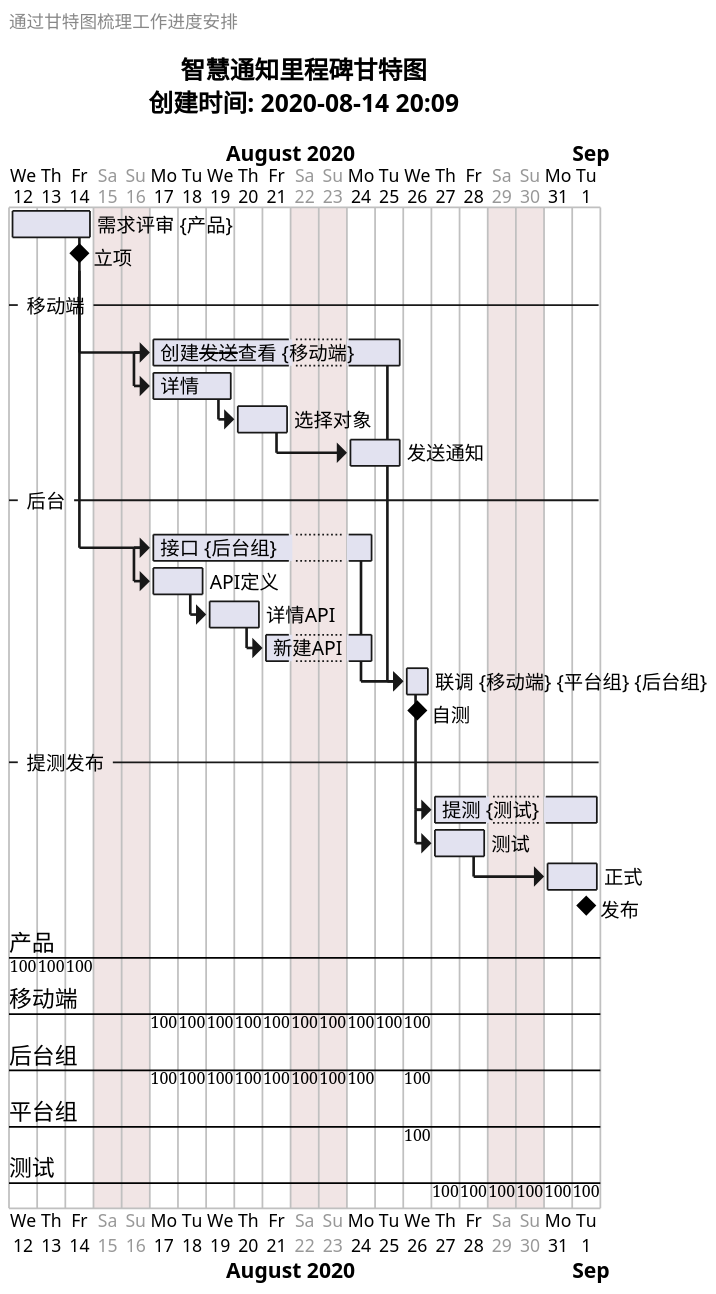
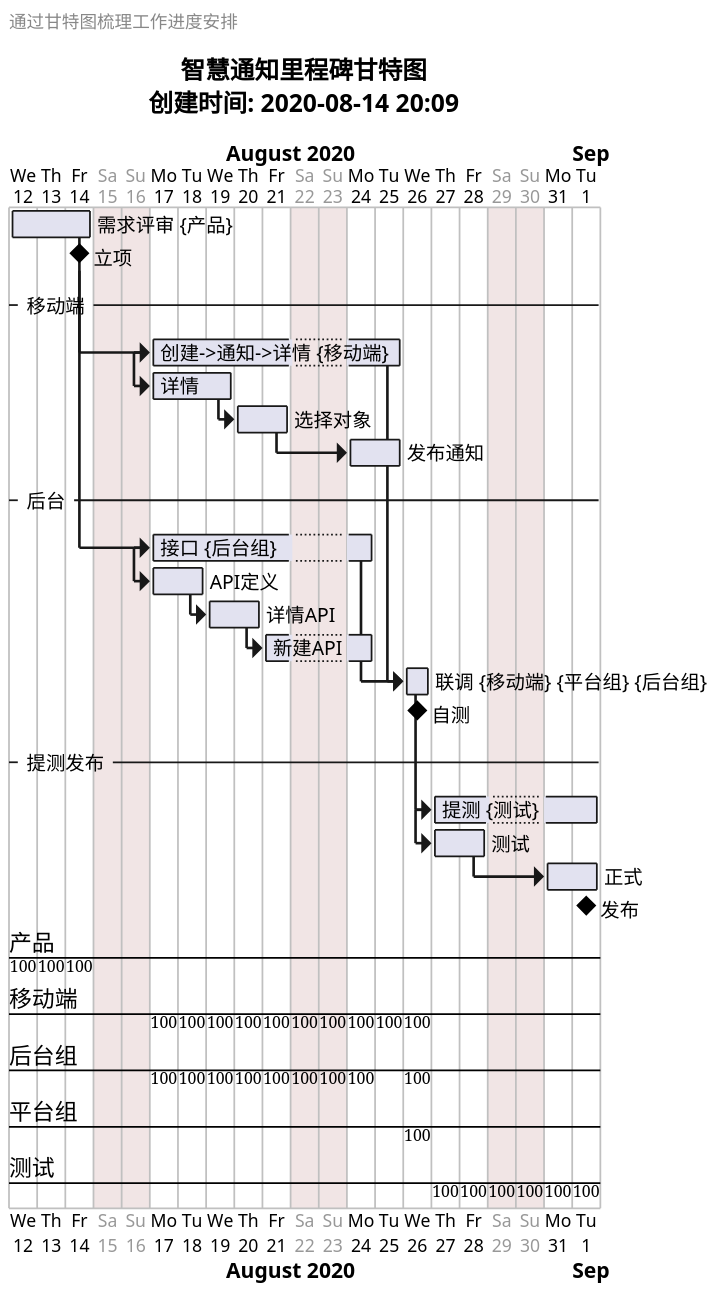
The diagram in uml/zhihuitongzhi/zhtz-gtt.plantuml (iT-Boyer/iDocs), drawn with PlantUML before and after one commit. The commit also changed 3 other files, not shown here.

```diff
--- a/uml/zhihuitongzhi/zhtz-gtt.plantuml
+++ b/uml/zhihuitongzhi/zhtz-gtt.plantuml
@@ -2,44 +2,44 @@
 @startgantt
 scale 2
 page 1x1
 title
         智慧通知里程碑甘特图
         创建时间: 2020-08-14 20:09
         endtitle
         left header
                 通过甘特图梳理工作进度安排
         endheader
         project starts 2020-08-12
         Sunday are closed
         Saturday are closed
         [需求评审] as [design] on {产品:100%} lasts 3 days
         [立项] happens at [design]'s end
         --移动端--
-        then [创建--发送--查看] as [develop] on {移动端:100%} lasts 7 days
+        then [创建->通知->详情] as [develop] on {移动端:100%} lasts 7 days
         [详情] as [detail] lasts 3 days
         [detail] starts at [develop]'s start
         then [选择对象] lasts 2 days
-        then [发送通知]  lasts 2 days
+        then [发布通知]  lasts 2 days
 
         --后台--
         [接口] as [api] on {后台组} lasts 6 days
         [API定义] as [define] lasts 2 days
         [详情API] as [detailAPi] lasts 2 days
         [新建API] as [newAPI] lasts 2 days
         design --> api
         [define] starts at [api]'s start
         define --> detailAPi
         detailAPi --> newAPI
         [联调] as [lt2] on {移动端:100%} {平台组} {后台组} lasts 1 days
         [lt2] starts at [develop]'s end
         [lt2] starts at [api]'s end
         [自测] happens at [lt2]'s end
 
         --提测发布--
         [提测] as [test] on {测试:100%} lasts 4 days
         [test] starts at [lt2]'s end
         [测试] as [first] lasts 2 days
         [first] starts at [test]'s start
         then [正式] lasts 2 days
         [发布] happens at [正式]'s end
         @endgantt
```
